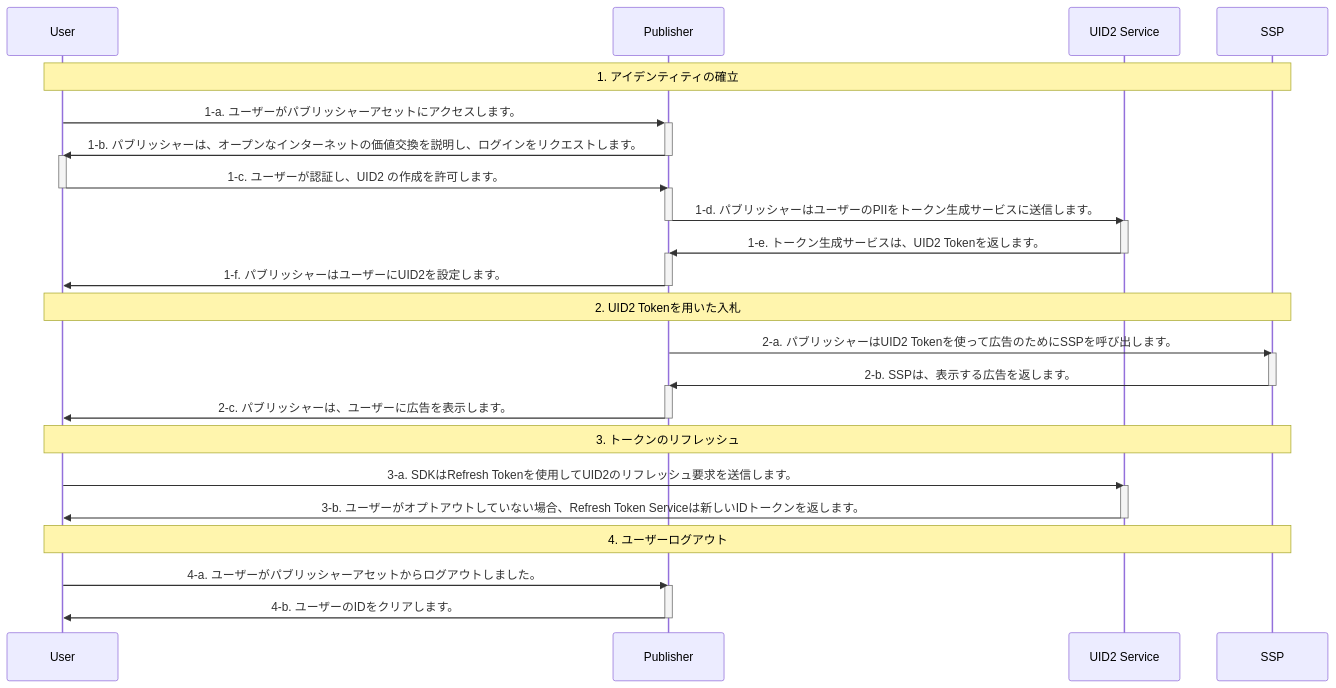
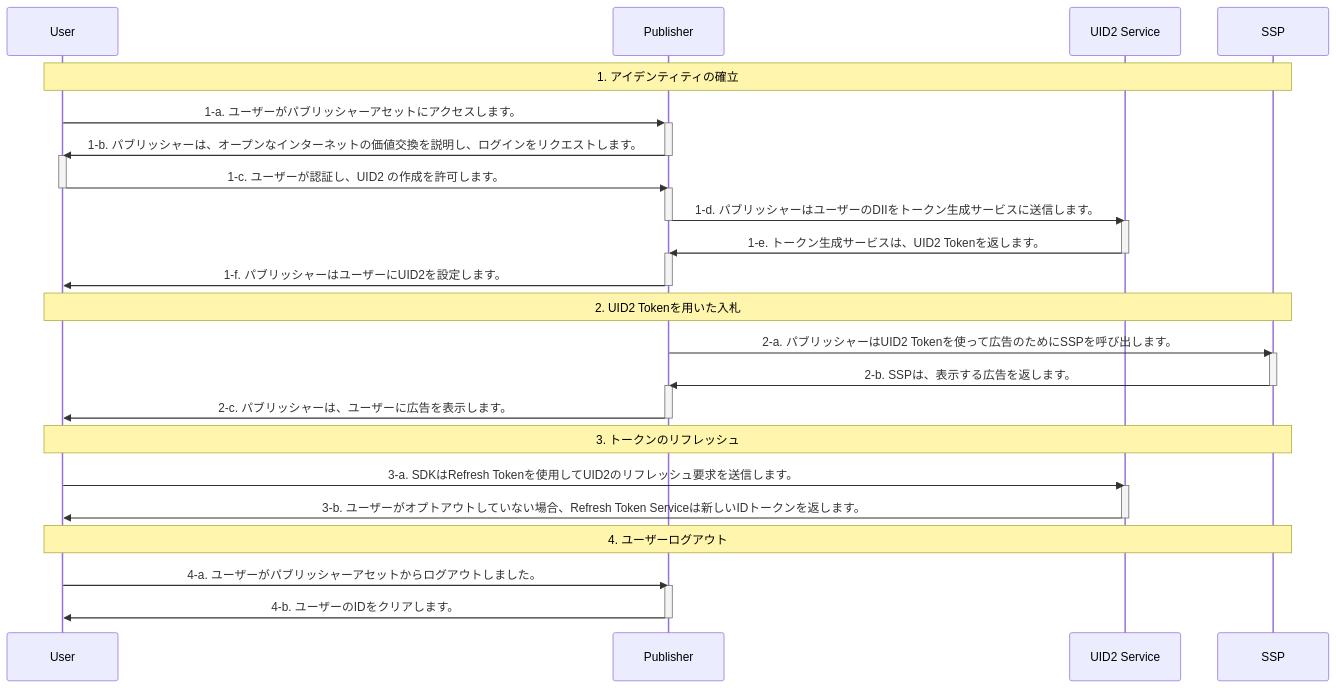
The diagram in api-ja/v2/guides/publisher-client-side.md (IABTechLab/uid2docs), drawn with Mermaid before and after one commit. The commit also changed 11 other files, not shown here.

````diff
--- a/api-ja/v2/guides/publisher-client-side.md
+++ b/api-ja/v2/guides/publisher-client-side.md
@@ -33,42 +33,42 @@
 ```mermaid
   sequenceDiagram
     participant U as User
     participant P as Publisher
     participant UID2 as UID2 Service
     participant SSP
     Note over U,SSP: 1. アイデンティティの確立
     U->>+P: 1-a. ユーザーがパブリッシャーアセットにアクセスします。
     P->>-U: 1-b. パブリッシャーは、オープンなインターネットの価値交換を説明し、ログインをリクエストします。
     activate U
     U->>P: 1-c. ユーザーが認証し、UID2 の作成を許可します。
     deactivate U
     activate P
-    P->>UID2: 1-d. パブリッシャーはユーザーのPIIをトークン生成サービスに送信します。
+    P->>UID2: 1-d. パブリッシャーはユーザーのDIIをトークン生成サービスに送信します。
     deactivate P
     activate UID2
     UID2->>P: 1-e. トークン生成サービスは、UID2 Tokenを返します。
     deactivate UID2
     activate P
     P->>U: 1-f. パブリッシャーはユーザーにUID2を設定します。
     deactivate P
     Note over U,SSP: 2. UID2 Tokenを用いた入札
 
     P->>SSP: 2-a. パブリッシャーはUID2 Tokenを使って広告のためにSSPを呼び出します。
     activate SSP
     SSP->>P: 2-b. SSPは、表示する広告を返します。
     deactivate SSP
     activate P
     P->>U: 2-c. パブリッシャーは、ユーザーに広告を表示します。
     deactivate P
 
     Note over U,SSP: 3. トークンのリフレッシュ
     U->>UID2: 3-a. SDKはRefresh Tokenを使用してUID2のリフレッシュ要求を送信します。
     activate UID2
     UID2->>U: 3-b. ユーザーがオプトアウトしていない場合、Refresh Token Serviceは新しいIDトークンを返します。
     deactivate UID2
     Note over U,SSP: 4. ユーザーログアウト
     U->>P: 4-a. ユーザーがパブリッシャーアセットからログアウトしました。
     activate P
     P->>U: 4-b. ユーザーのIDをクリアします。
     deactivate P
 ```
````
